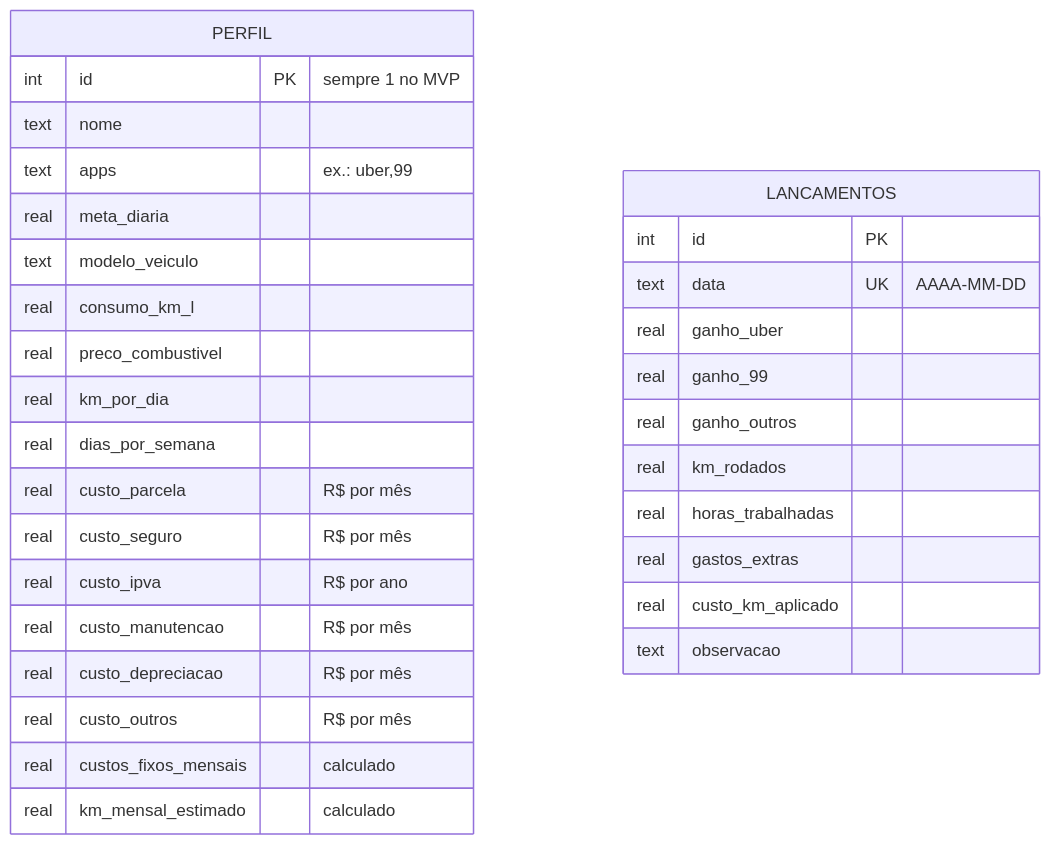
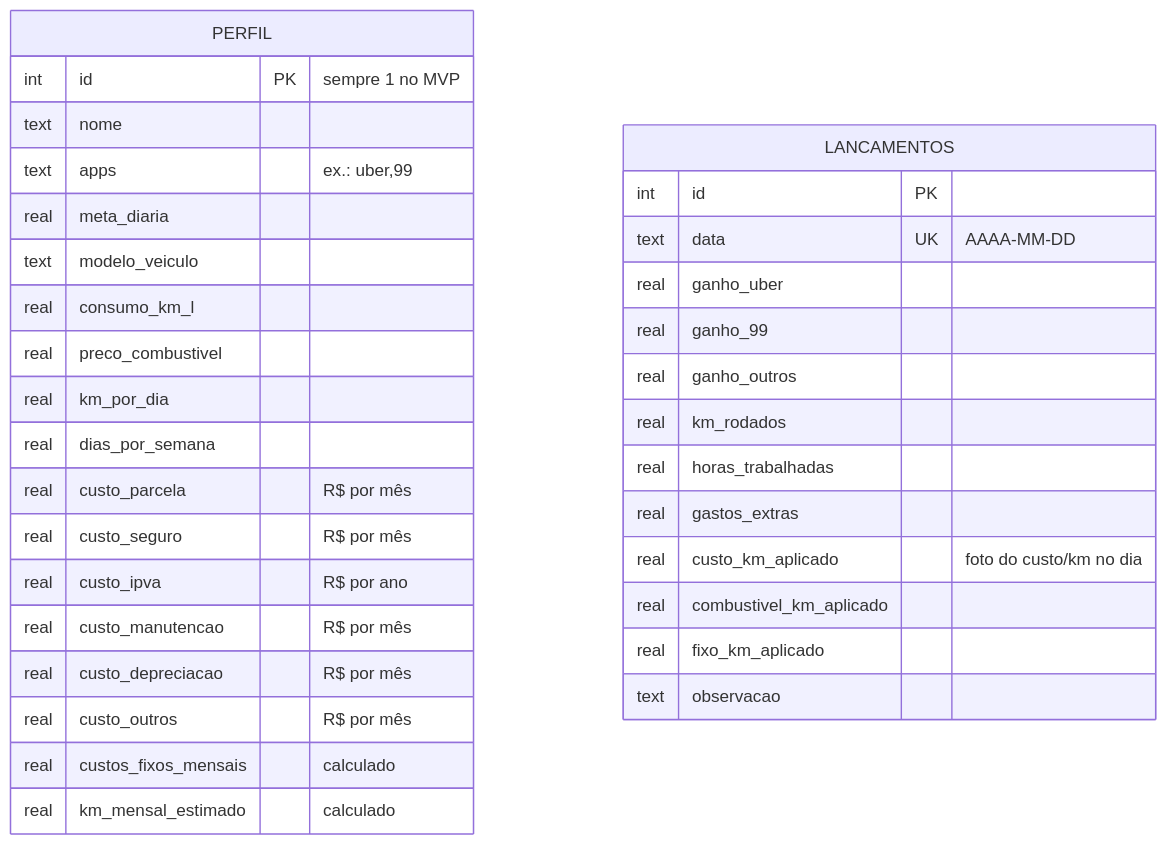
The second of 2 diagrams in README.md (lucasMD10/Quilo-metro-Labs), drawn with Mermaid before and after one commit. The commit also changed other lines of this file and 17 other files, not shown here.

````diff
--- a/README.md
+++ b/README.md
@@ -152,34 +152,36 @@
 ```mermaid
 erDiagram
   PERFIL {
     int id PK "sempre 1 no MVP"
     text nome
     text apps "ex.: uber,99"
     real meta_diaria
     text modelo_veiculo
     real consumo_km_l
     real preco_combustivel
     real km_por_dia
     real dias_por_semana
     real custo_parcela "R$ por mês"
     real custo_seguro "R$ por mês"
     real custo_ipva "R$ por ano"
     real custo_manutencao "R$ por mês"
     real custo_depreciacao "R$ por mês"
     real custo_outros "R$ por mês"
     real custos_fixos_mensais "calculado"
     real km_mensal_estimado "calculado"
   }
   LANCAMENTOS {
     int id PK
     text data UK "AAAA-MM-DD"
     real ganho_uber
     real ganho_99
     real ganho_outros
     real km_rodados
     real horas_trabalhadas
     real gastos_extras
-    real custo_km_aplicado
+    real custo_km_aplicado "foto do custo/km no dia"
+    real combustivel_km_aplicado
+    real fixo_km_aplicado
     text observacao
   }
 ```
````
